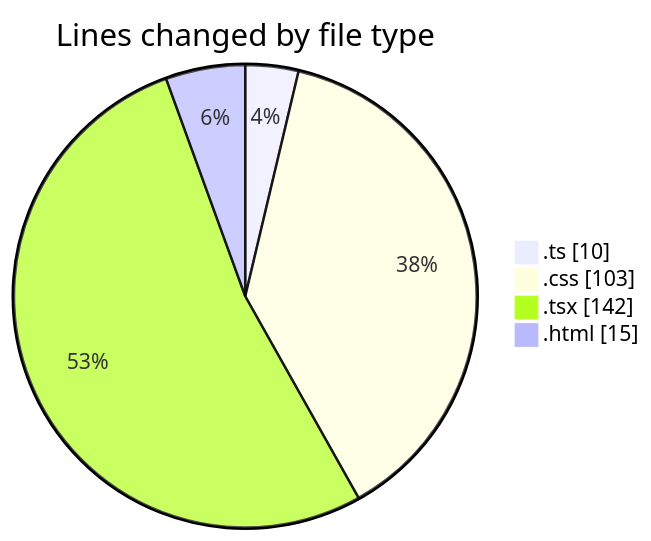
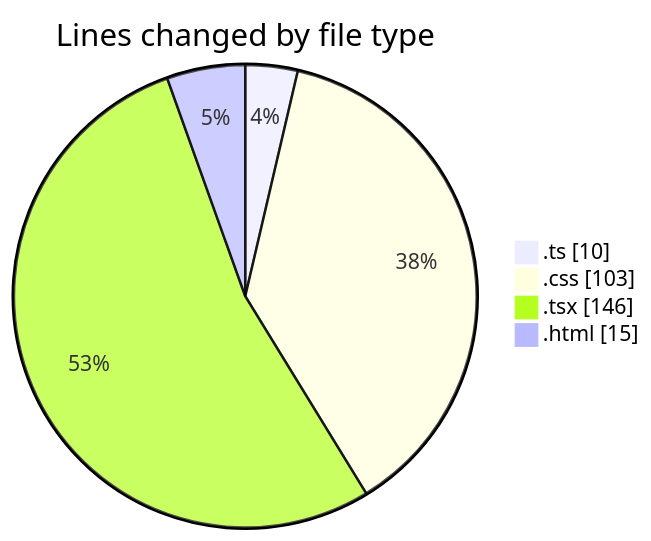
One commit to EIIisD/code-tracking changed the first of 2 diagrams in 2025-07-31/tw-server/README.md. Above: the diagram before and after it, drawn with Mermaid. The commit also changed other lines of this file and 1 other file, not shown here.

````diff
--- a/2025-07-31/tw-server/README.md
+++ b/2025-07-31/tw-server/README.md
@@ -25,8 +25,8 @@
 ```mermaid
 pie showData
 title Lines changed by file type
 ".ts" : 10
 ".css" : 103
-".tsx" : 142
+".tsx" : 146
 ".html" : 15
 ```
````
